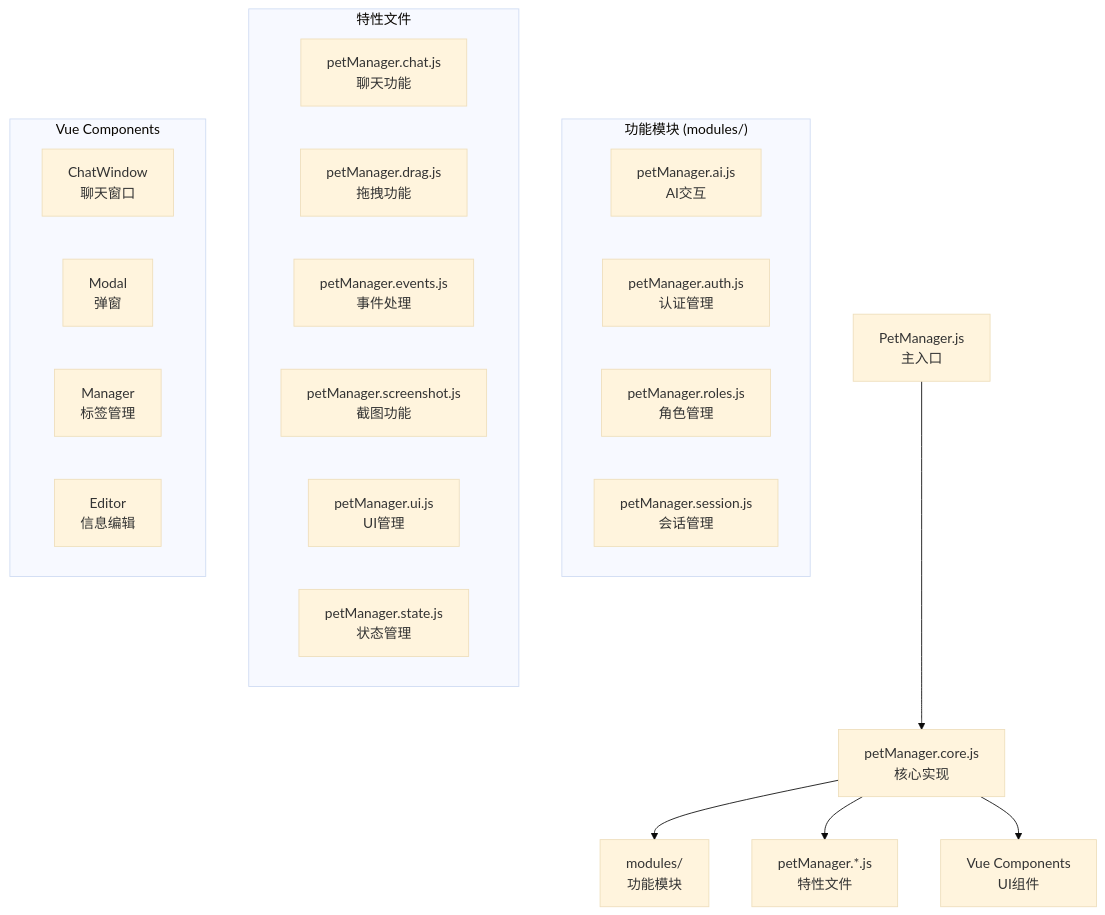
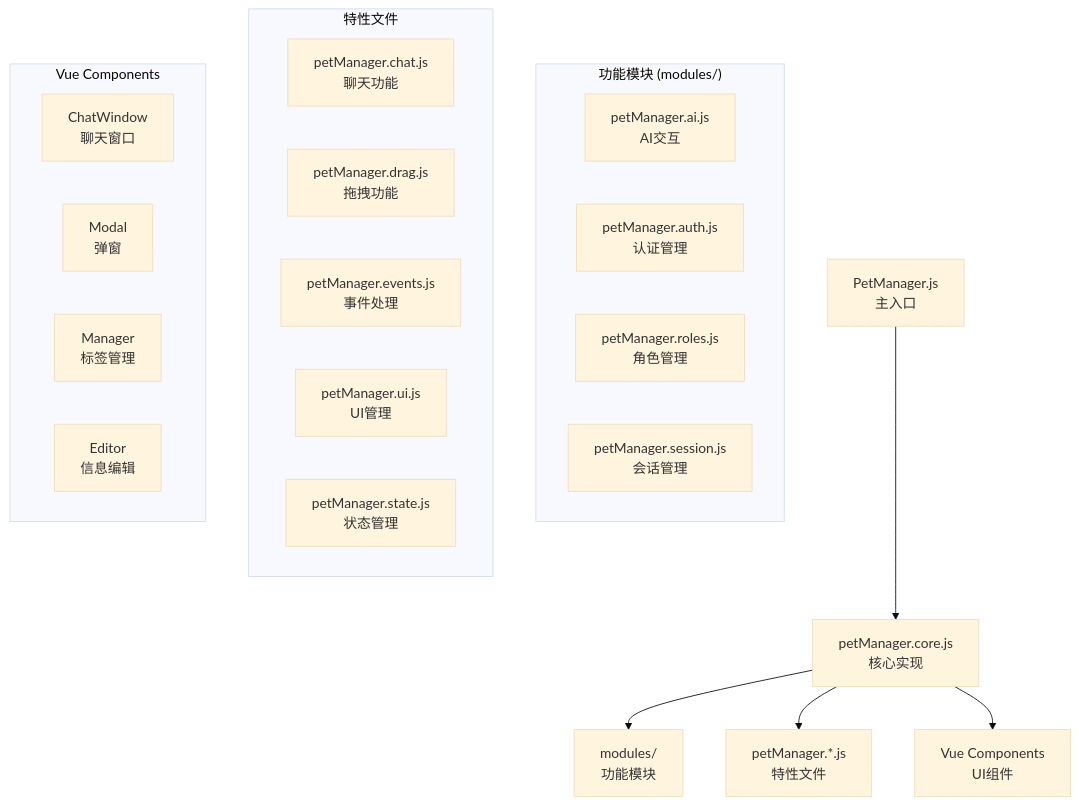
Before and after one commit to effiy/YiPet: the third of 6 diagrams in docs/README.md, drawn with Mermaid (base theme). The commit also changed other lines of this file and 55 other files, not shown here.

````diff
--- a/docs/README.md
+++ b/docs/README.md
@@ -221,36 +232,35 @@
 ```mermaid
 graph TD
     PetManager[PetManager.js<br/>主入口]
     Core[petManager.core.js<br/>核心实现]
     Modules[modules/<br/>功能模块]
     Features[petManager.*.js<br/>特性文件]
     UIComponents[Vue Components<br/>UI组件]
 
     PetManager --> Core
     Core --> Modules
     Core --> Features
     Core --> UIComponents
 
     subgraph "功能模块 (modules/)"
         AIModule[petManager.ai.js<br/>AI交互]
         AuthModule[petManager.auth.js<br/>认证管理]
         RolesModule[petManager.roles.js<br/>角色管理]
         SessionModule[petManager.session.js<br/>会话管理]
     end
 
     subgraph "特性文件"
         Chat[petManager.chat.js<br/>聊天功能]
         Drag[petManager.drag.js<br/>拖拽功能]
         Events[petManager.events.js<br/>事件处理]
-        Screenshot[petManager.screenshot.js<br/>截图功能]
         UI[petManager.ui.js<br/>UI管理]
         State[petManager.state.js<br/>状态管理]
     end
 
     subgraph "Vue Components"
         ChatWindow[ChatWindow<br/>聊天窗口]
         Modal[Modal<br/>弹窗]
         Manager[Manager<br/>标签管理]
         Editor[Editor<br/>信息编辑]
     end
 ```
````
